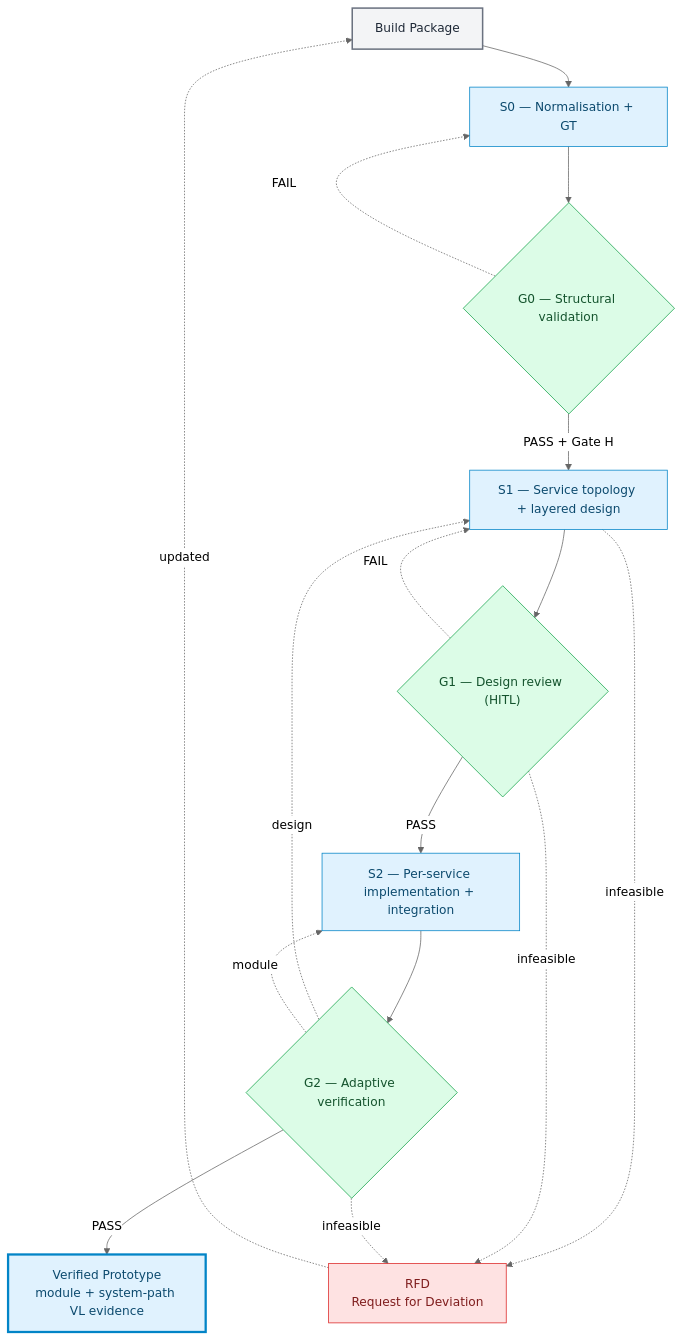
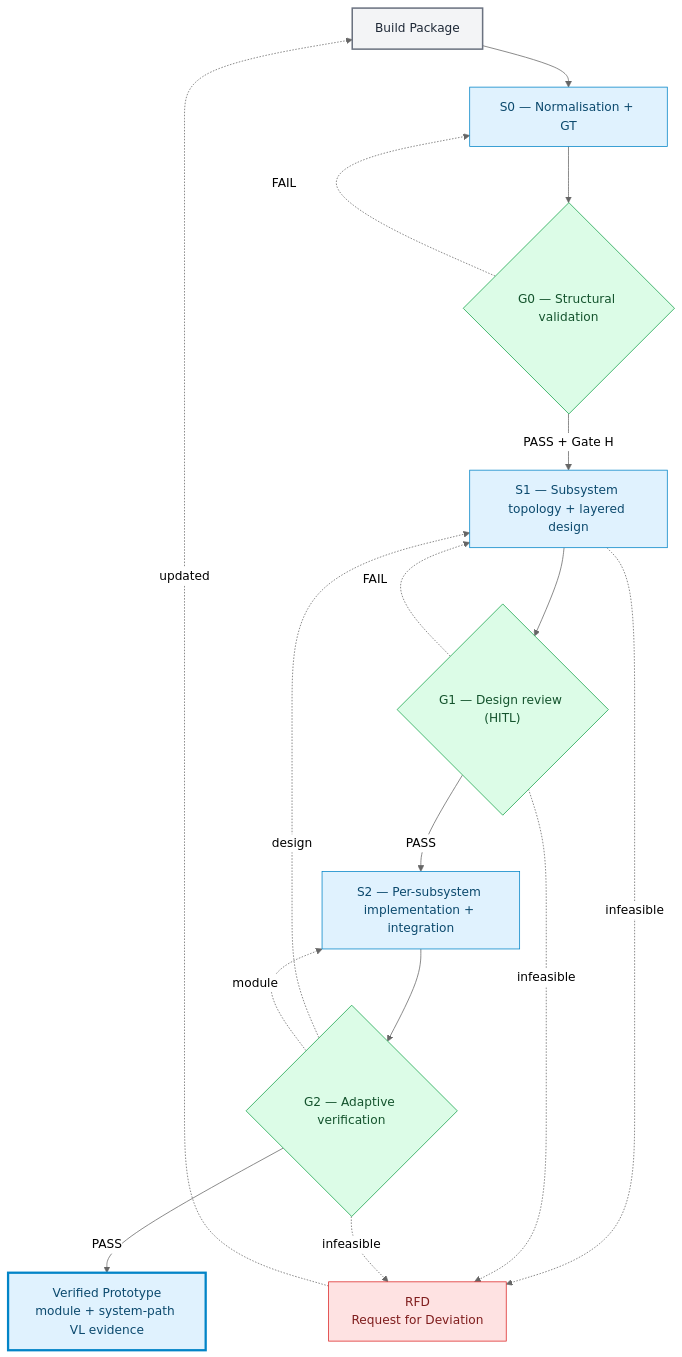
The second of 11 diagrams in methodology/V-SIL-v3/V-SIL_v3.md (dramirezbe/codeanvil-gcpds), drawn with Mermaid (neutral theme) before and after one commit. The commit also changed other lines of this file and 30 other files, not shown here.

First line of the commit message:
refactor: rename "service" to "subsystem" across methodology and tool

````diff
--- a/methodology/V-SIL-v3/V-SIL_v3.md
+++ b/methodology/V-SIL-v3/V-SIL_v3.md
@@ -51,36 +51,36 @@
 ```mermaid
 flowchart TD
     classDef stage fill:#e0f2fe,stroke:#0284c7,color:#0c4a6e
     classDef gate fill:#dcfce7,stroke:#16a34a,color:#14532d
     classDef terminal fill:#e0f2fe,stroke:#0284c7,color:#0c4a6e,stroke-width:3px
     classDef input fill:#f3f4f6,stroke:#6b7280,color:#1f2937,stroke-width:2px
     classDef rfd fill:#fee2e2,stroke:#dc2626,color:#7f1d1d
 
     BP["Build Package"]:::input
     S0["S0 — Normalisation + GT"]:::stage
     G0{"G0 — Structural validation"}:::gate
-    S1["S1 — Service topology + layered design"]:::stage
+    S1["S1 — Subsystem topology + layered design"]:::stage
     G1{"G1 — Design review (HITL)"}:::gate
-    S2["S2 — Per-service implementation + integration"]:::stage
+    S2["S2 — Per-subsystem implementation + integration"]:::stage
     G2{"G2 — Adaptive verification"}:::gate
     T["Verified Prototype<br/>module + system-path VL evidence"]:::terminal
     RFD["RFD<br/>Request for Deviation"]:::rfd
 
     BP --> S0
     S0 --> G0
     G0 -->|PASS + Gate H| S1
     S1 --> G1
     G1 -->|PASS| S2
     S2 --> G2
     G2 -->|PASS| T
 
     G0 -.->|FAIL| S0
     G1 -.->|FAIL| S1
     G2 -.->|design| S1
     G2 -.->|module| S2
 
     S1 -.->|infeasible| RFD
     G1 -.->|infeasible| RFD
     G2 -.->|infeasible| RFD
     RFD -.->|updated| BP
 ```
````
